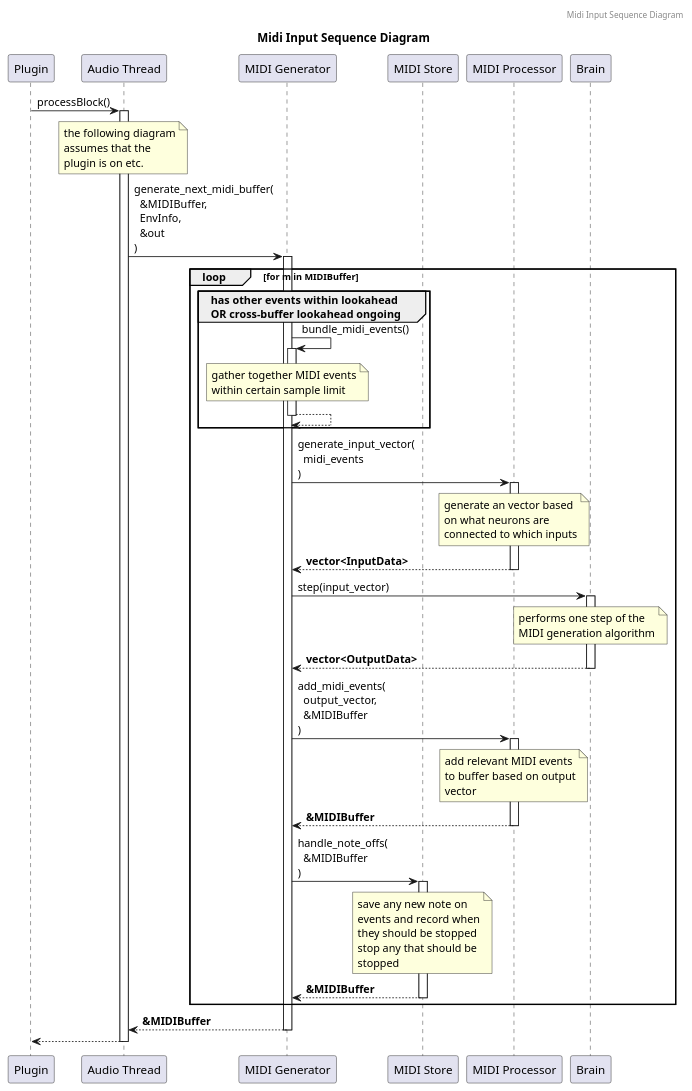
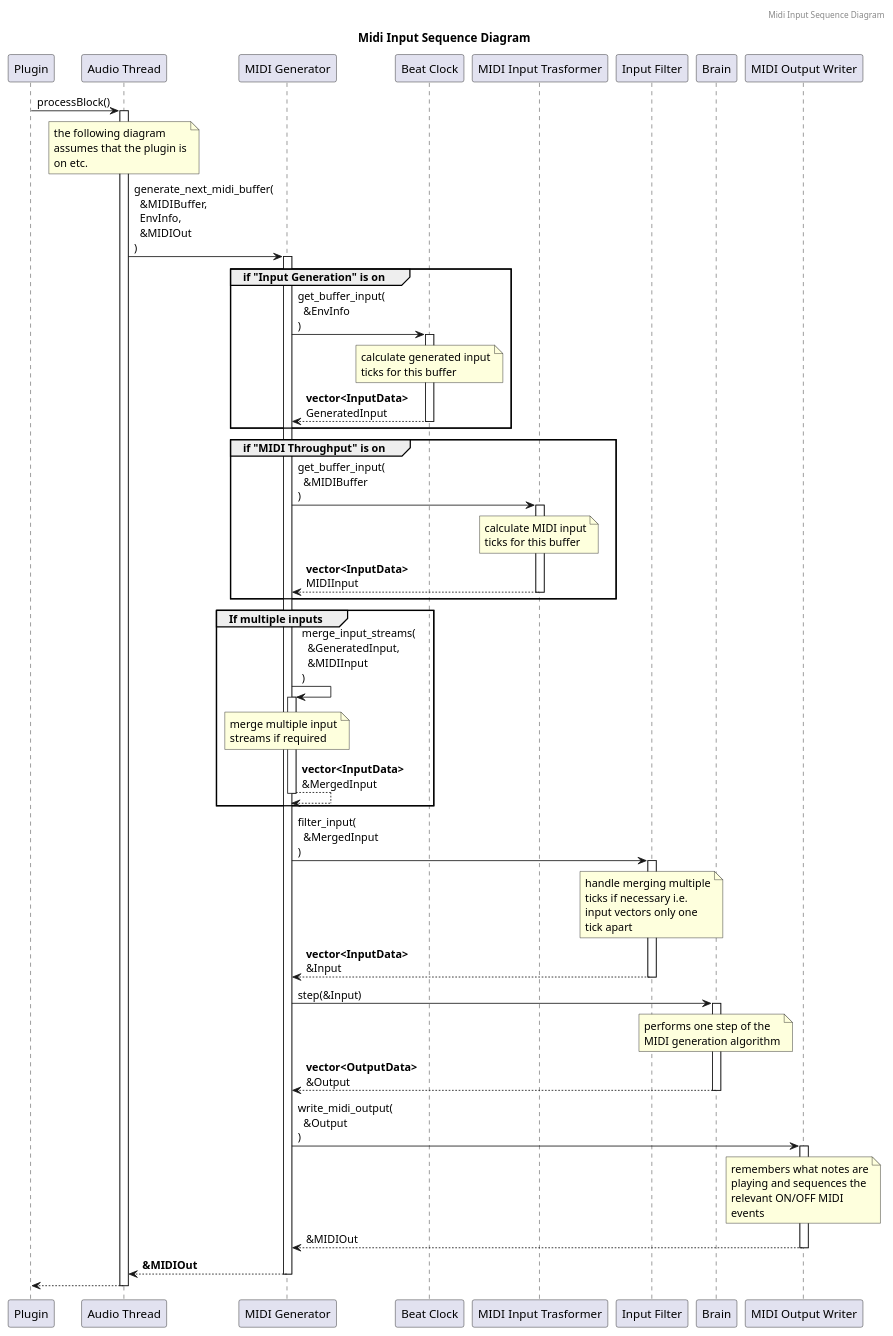
Before and after one commit to bentilley/neuron-plug: the diagram in docs/midi-input/midi-input-sequence-diagram.plantuml, drawn with PlantUML. The commit also changed 2 other files, not shown here.

Commit message:
Docs - update sequence diagram for MIDI Input work

```diff
--- a/docs/midi-input/midi-input-sequence-diagram.plantuml
+++ b/docs/midi-input/midi-input-sequence-diagram.plantuml
@@ -6,44 +6,60 @@
 @startuml
 
 header Midi Input Sequence Diagram
 title Midi Input Sequence Diagram
 
 participant "Plugin"
 participant "Audio Thread" as Audio
 participant "MIDI Generator" as Generator
-participant "MIDI Store" as Store
-participant "MIDI Processor" as MIDIProc
+participant "Beat Clock" as Clock
+participant "MIDI Input Trasformer" as Transformer
+participant "Input Filter" as Filter
 participant "Brain" as Brain
+participant "MIDI Output Writer" as Writer
 
 Plugin -> Audio : processBlock()
-note over Audio : the following diagram\nassumes that the\nplugin is on etc.
+note over Audio : the following diagram\nassumes that the plugin is\non etc.
 activate Audio
-Audio -> Generator : generate_next_midi_buffer(\n  &MIDIBuffer,\n  EnvInfo,\n  &out\n)
+Audio -> Generator : generate_next_midi_buffer(\n  &MIDIBuffer,\n  EnvInfo,\n  &MIDIOut\n)
 activate Generator
-loop for m in MIDIBuffer
-  group has other events within lookahead\nOR cross-buffer lookahead ongoing
-    Generator -> Generator : bundle_midi_events()
-    activate Generator
-    note over Generator : gather together MIDI events\nwithin certain sample limit
-    return
-  end
-  Generator -> MIDIProc : generate_input_vector(\n  midi_events\n)
-  activate MIDIProc
-  note over MIDIProc : generate an vector based\non what neurons are\nconnected to which inputs
-  return **vector<InputData>**
-  Generator -> Brain : step(input_vector)
-  activate Brain
-  note over Brain : performs one step of the\nMIDI generation algorithm
-  return **vector<OutputData>**
-  Generator -> MIDIProc : add_midi_events(\n  output_vector,\n  &MIDIBuffer\n)
-  activate MIDIProc
-  note over MIDIProc : add relevant MIDI events\nto buffer based on output\nvector
-  return **&MIDIBuffer**
-  Generator -> Store : handle_note_offs(\n  &MIDIBuffer\n)
-  activate Store
-  note over Store : save any new note on\nevents and record when\nthey should be stopped\nstop any that should be\nstopped
-  return **&MIDIBuffer**
+
+group if "Input Generation" is on
+  Generator -> Clock : get_buffer_input(\n  &EnvInfo\n)
+  activate Clock
+  note over Clock : calculate generated input\nticks for this buffer
+  return **vector<InputData>**\nGeneratedInput
 end
-return **&MIDIBuffer**
+
+group if "MIDI Throughput" is on
+  Generator -> Transformer : get_buffer_input(\n  &MIDIBuffer\n)
+  activate Transformer
+  note over Transformer : calculate MIDI input\nticks for this buffer
+  return **vector<InputData>**\nMIDIInput
+end
+
+group If multiple inputs
+  Generator -> Generator : merge_input_streams(\n  &GeneratedInput,\n  &MIDIInput\n)
+  activate Generator
+  note over Generator : merge multiple input\nstreams if required
+  return **vector<InputData>**\n&MergedInput
+end
+
+Generator -> Filter : filter_input(\n  &MergedInput\n)
+activate Filter
+note over Filter : handle merging multiple\nticks if necessary i.e.\ninput vectors only one\ntick apart
+return **vector<InputData>**\n&Input
+
+Generator -> Brain : step(&Input)
+activate Brain
+note over Brain : performs one step of the\nMIDI generation algorithm
+return **vector<OutputData>**\n&Output
+
+Generator -> Writer : write_midi_output(\n  &Output\n)
+activate Writer
+note over Writer : remembers what notes are\nplaying and sequences the\nrelevant ON/OFF MIDI\nevents
+return &MIDIOut
+
+return **&MIDIOut**
+
 return
 @enduml
```
